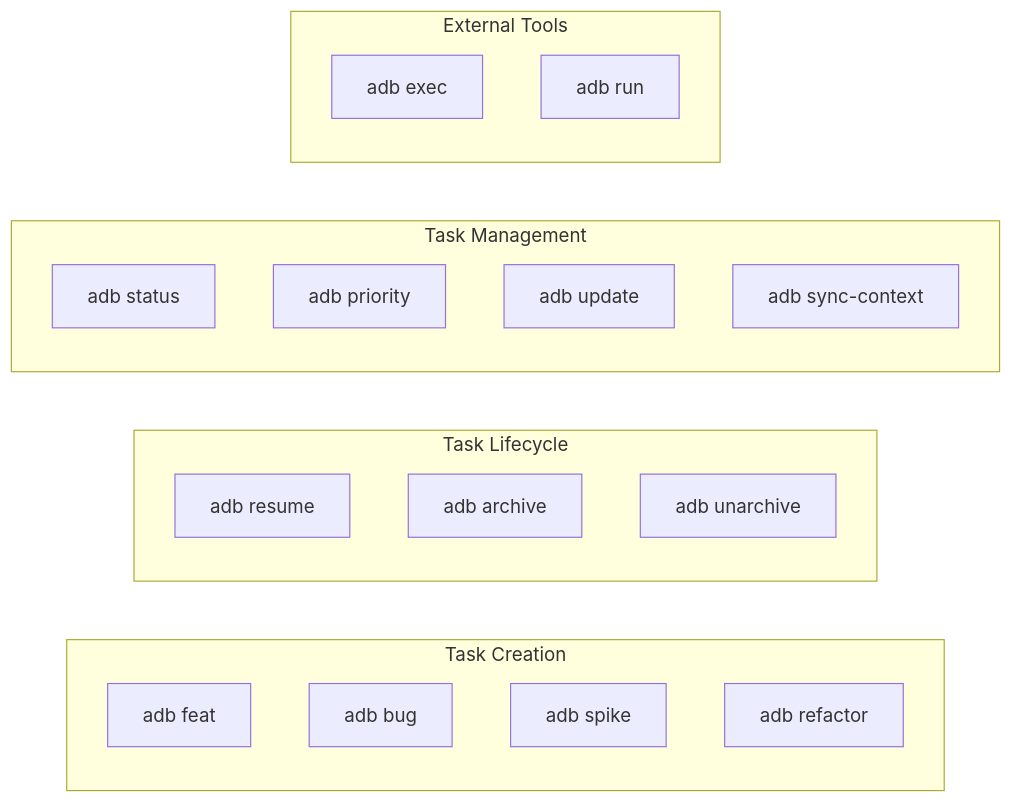
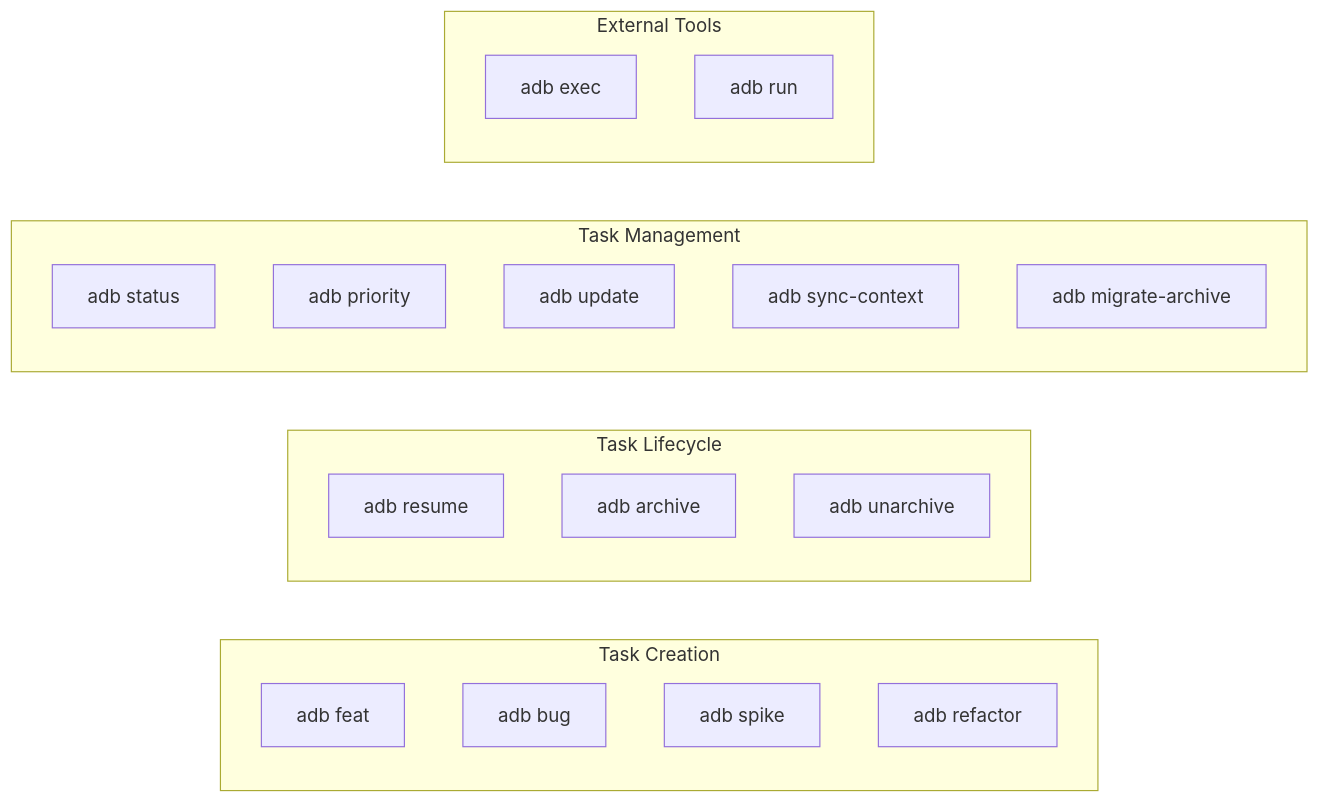
The diagram in docs/commands.md (valter-silva-au/ai-dev-brain), drawn with Mermaid before and after one commit. The commit also changed other lines of this file and 17 other files, not shown here.

````diff
--- a/docs/commands.md
+++ b/docs/commands.md
@@ -8,27 +8,28 @@
 ```mermaid
 graph LR
     subgraph "Task Creation"
         feat["adb feat"]
         bug["adb bug"]
         spike["adb spike"]
         refactor["adb refactor"]
     end
 
     subgraph "Task Lifecycle"
         resume["adb resume"]
         archive["adb archive"]
         unarchive["adb unarchive"]
     end
 
     subgraph "Task Management"
         status["adb status"]
         priority["adb priority"]
         update["adb update"]
         syncctx["adb sync-context"]
+        migrate["adb migrate-archive"]
     end
 
     subgraph "External Tools"
         exec["adb exec"]
         run["adb run"]
     end
 ```
````
